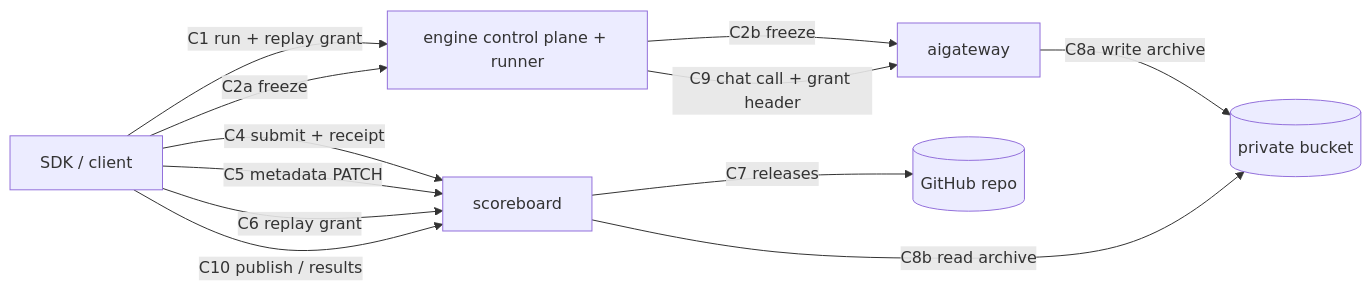
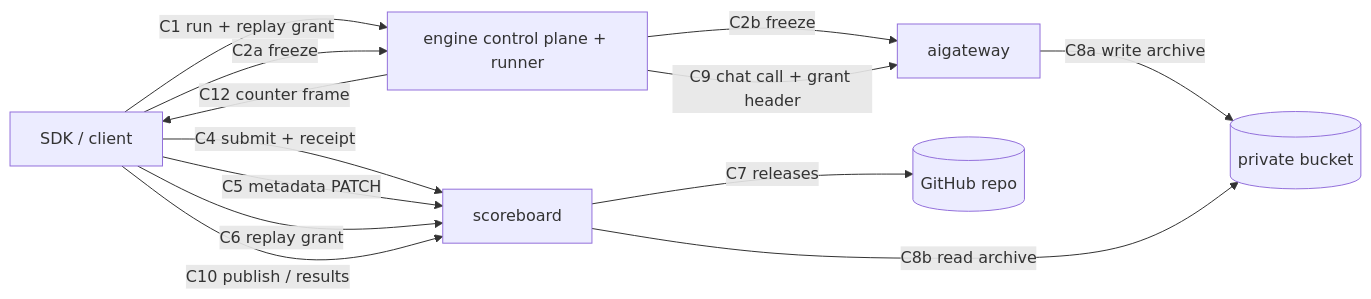
Before and after one commit to ScreamingFace/screamingface: the diagram in docs/spec/2026-09-29-e14-reproducible-submission/contracts.md, drawn with Mermaid. The commit also changed other lines of this file and 10 other files, not shown here.

````diff
--- a/docs/spec/2026-09-29-e14-reproducible-submission/contracts.md
+++ b/docs/spec/2026-09-29-e14-reproducible-submission/contracts.md
@@ -8,20 +17,21 @@
 ```mermaid
 flowchart LR
   SDK[SDK / client]
   ENG[engine control plane + runner]
   GW[aigateway]
   SB[scoreboard]
   BK[(private bucket)]
   GH[(GitHub repo)]
   SDK -- C1 run + replay grant --> ENG
+  ENG -- C12 counter frame --> SDK
   SDK -- C2a freeze --> ENG
   ENG -- C2b freeze --> GW
   ENG -- C9 chat call + grant header --> GW
   SDK -- C4 submit + receipt --> SB
   SDK -- C5 metadata PATCH --> SB
   SDK -- C6 replay grant --> SB
   SDK -- C10 publish / results --> SB
   GW -- C8a write archive --> BK
   SB -- C8b read archive --> BK
   SB -- C7 releases --> GH
 ```
````
